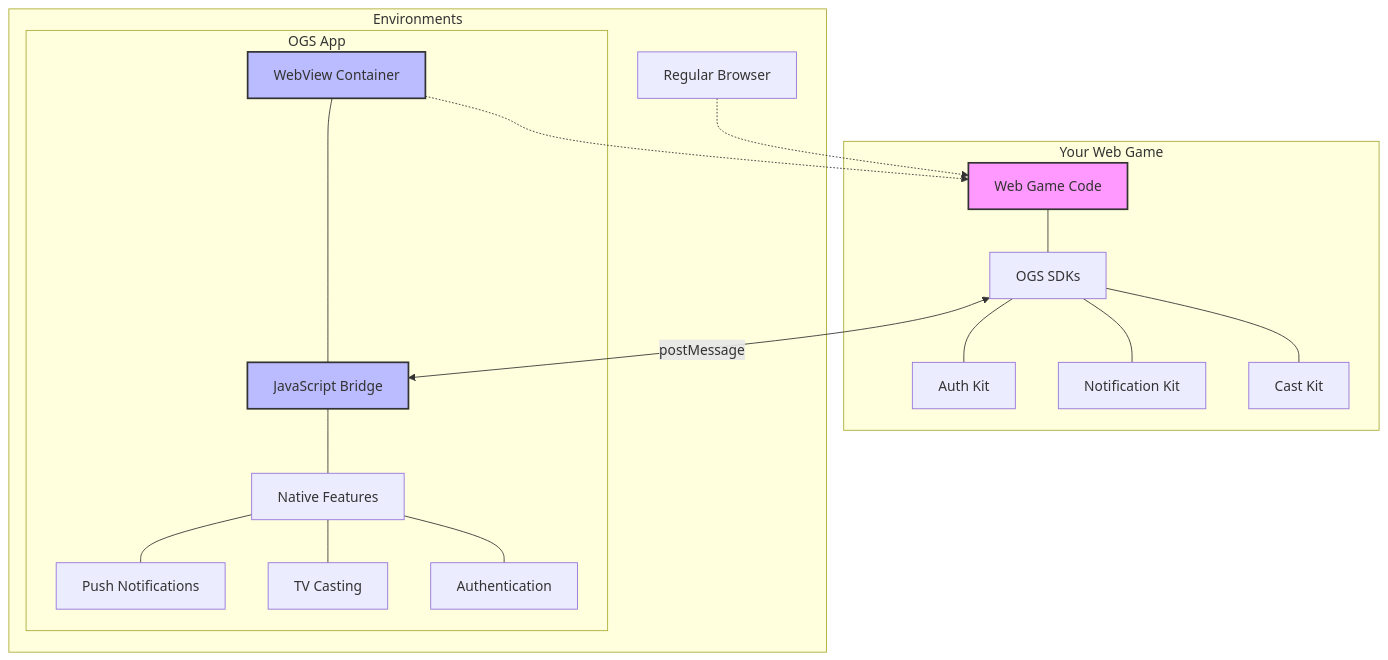
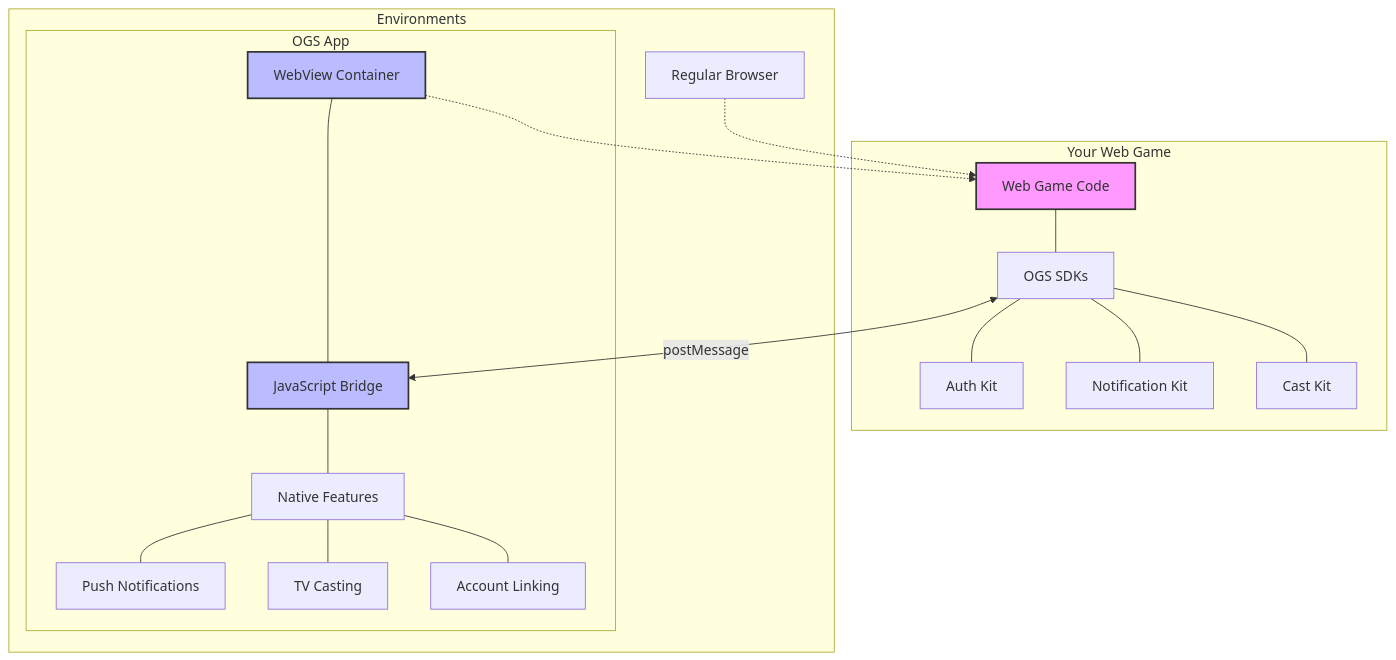
One commit to open-game-system/.github changed the first of 4 diagrams in profile/README.md. Above: the diagram before and after it, drawn with Mermaid. The commit also changed other lines of this file, not shown here.

````diff
--- a/profile/README.md
+++ b/profile/README.md
@@ -68,28 +68,28 @@
 ```mermaid
 graph TD
     subgraph "Your Web Game"
         A[Web Game Code] --- B[OGS SDKs]
         B --- C1[Auth Kit]
         B --- C2[Notification Kit] 
         B --- C3[Cast Kit]
     end
     
     subgraph "Environments"
         D1[Regular Browser] -.-> A
         
         subgraph "OGS App"
             D2[WebView Container] -.-> A
             D2 --- E[JavaScript Bridge]
             E --- F[Native Features]
             F --- G1[Push Notifications]
             F --- G2[TV Casting]
-            F --- G3[Authentication]
+            F --- G3[Account Linking]
         end
     end
     
     B <-->|postMessage| E
     
     style A fill:#f9f,stroke:#333,stroke-width:2px
     style D2 fill:#bbf,stroke:#333,stroke-width:2px
     style E fill:#bbf,stroke:#333,stroke-width:2px
 ```
````
